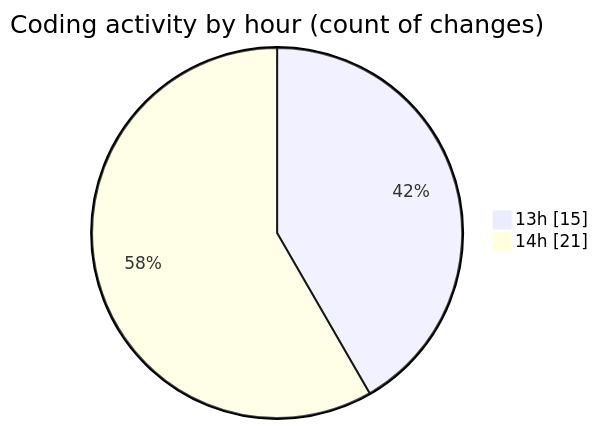
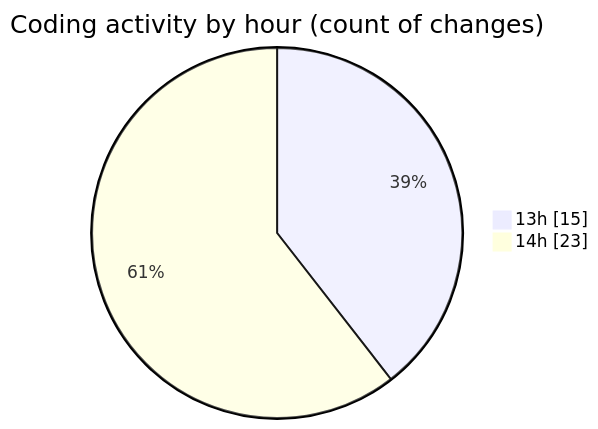
The second of 2 diagrams in 2025-05-15/bookingpodcas/README.md (idhammustaqopulfikri/code-tracking), drawn with Mermaid before and after one commit. The commit also changed other lines of this file and 1 other file, not shown here.

````diff
--- a/2025-05-15/bookingpodcas/README.md
+++ b/2025-05-15/bookingpodcas/README.md
@@ -37,6 +37,6 @@
 ```mermaid
 pie showData
 title Coding activity by hour (count of changes)
 "13h" : 15
-"14h" : 21
+"14h" : 23
 ```
````
